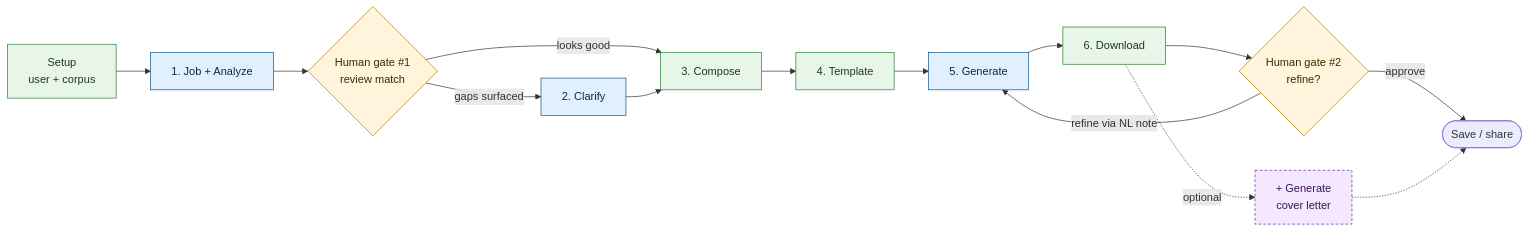
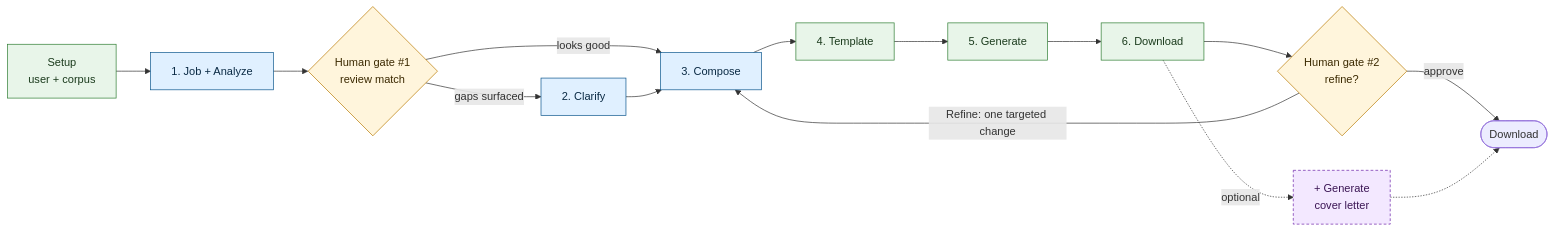
The first of 2 diagrams in docs/user/walkthrough.md (take-tempo-public/sartor), drawn with Mermaid before and after one commit. The commit also changed other lines of this file and 7 other files, not shown here.

````diff
--- a/docs/user/walkthrough.md
+++ b/docs/user/walkthrough.md
@@ -42,26 +44,26 @@
 ```mermaid
 flowchart LR
   S[Setup<br/>user + corpus] --> J[1. Job + Analyze]
   J --> G1{Human gate #1<br/>review match}
   G1 -->|gaps surfaced| C[2. Clarify]
   G1 -->|looks good| P[3. Compose]
   C --> P
   P --> T[4. Template]
   T --> Gen[5. Generate]
   Gen --> D[6. Download]
   D --> G2{Human gate #2<br/>refine?}
-  G2 -->|refine via NL note| Gen
-  G2 -->|approve| Out([Save / share])
+  G2 -->|Refine: one targeted change| P
+  G2 -->|approve| Out([Download])
   D -.optional.-> CL[+ Generate<br/>cover letter]
   CL -.-> Out
 
   classDef gate fill:#fff5dc,stroke:#b87900,color:#3b2900
   classDef llm  fill:#e0f0ff,stroke:#0a558c,color:#0a2a44
   classDef det  fill:#e8f5e9,stroke:#2e7d32,color:#1b3b1d
   classDef opt  fill:#f3e8ff,stroke:#6b21a8,color:#3b1554,stroke-dasharray: 4 3
   class G1,G2 gate
-  class J,C,Gen llm
-  class P,T,D det
+  class J,C,P llm
+  class T,Gen,D det
   class CL opt
   class S det
 ```
````
